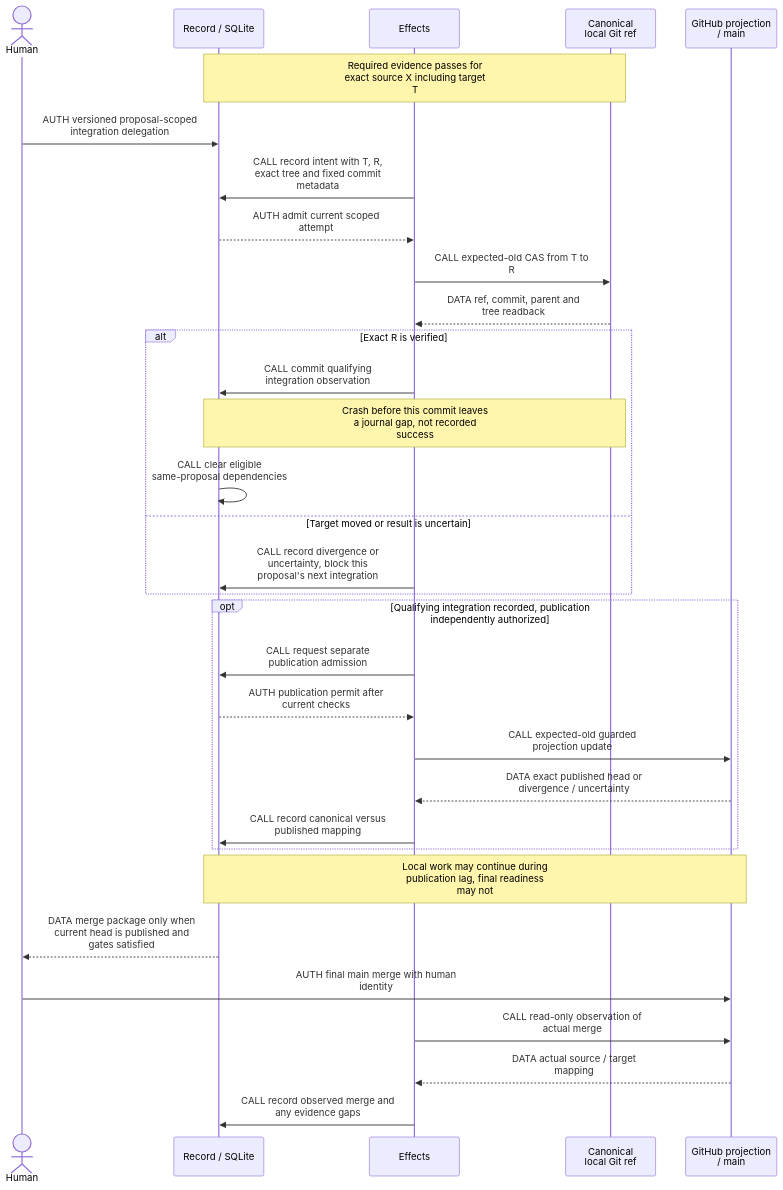
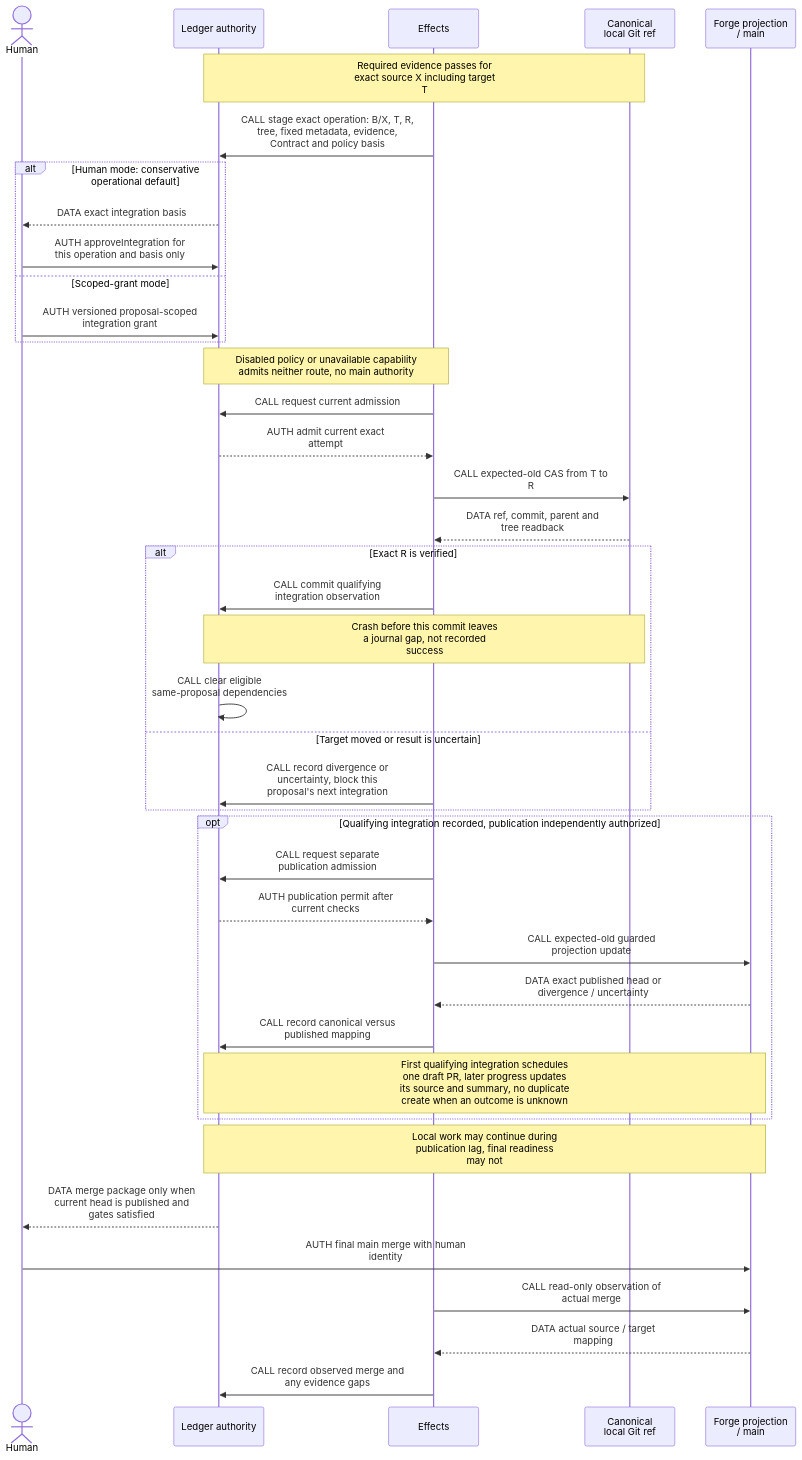
Before and after one commit to vicrdguez/render: diagram 11 of 13 in docs/spec.md, drawn with Mermaid. The commit also changed other lines of this file and 1 other file, not shown here.

````diff
--- a/docs/spec.md
+++ b/docs/spec.md
@@ -805,34 +1055,42 @@
 ```mermaid
 sequenceDiagram
     actor H as Human
-    participant R as Record / SQLite
+    participant R as Ledger authority
     participant E as Effects
     participant L as Canonical<br/>local Git ref
-    participant G as GitHub projection<br/>/ main
+    participant G as Forge projection<br/>/ main
     Note over R,L: Required evidence passes for<br/>exact source X including target<br/>T
-    H->>R: AUTH versioned proposal-scoped<br/>integration delegation
-    E->>R: CALL record intent with T, R,<br/>exact tree and fixed commit<br/>metadata
-    R-->>E: AUTH admit current scoped<br/>attempt
+    E->>R: CALL stage exact operation: B/X, T, R,<br/>tree, fixed metadata, evidence,<br/>Contract and policy basis
+    alt Human mode: conservative operational default
+        R-->>H: DATA exact integration basis
+        H->>R: AUTH approveIntegration for<br/>this operation and basis only
+    else Scoped-grant mode
+        H->>R: AUTH versioned proposal-scoped<br/>integration grant
+    end
+    Note over R,E: Disabled policy or unavailable capability<br/>admits neither route, no main authority
+    E->>R: CALL request current admission
+    R-->>E: AUTH admit current exact<br/>attempt
     E->>L: CALL expected-old CAS from T to<br/>R
     L-->>E: DATA ref, commit, parent and<br/>tree readback
     alt Exact R is verified
         E->>R: CALL commit qualifying<br/>integration observation
         Note over R,L: Crash before this commit leaves<br/>a journal gap, not recorded<br/>success
         R->>R: CALL clear eligible<br/>same-proposal dependencies
     else Target moved or result is uncertain
         E->>R: CALL record divergence or<br/>uncertainty, block this<br/>proposal's next integration
     end
     opt Qualifying integration recorded, publication independently authorized
         E->>R: CALL request separate<br/>publication admission
         R-->>E: AUTH publication permit after<br/>current checks
         E->>G: CALL expected-old guarded<br/>projection update
         G-->>E: DATA exact published head or<br/>divergence / uncertainty
         E->>R: CALL record canonical versus<br/>published mapping
+        Note over R,G: First qualifying integration schedules<br/>one draft PR, later progress updates<br/>its source and summary, no duplicate<br/>create when an outcome is unknown
     end
     Note over R,G: Local work may continue during<br/>publication lag, final readiness<br/>may not
     R-->>H: DATA merge package only when<br/>current head is published and<br/>gates satisfied
     H->>G: AUTH final main merge with human<br/>identity
     E->>G: CALL read-only observation of<br/>actual merge
     G-->>E: DATA actual source / target<br/>mapping
     E->>R: CALL record observed merge and<br/>any evidence gaps
 ```
````
